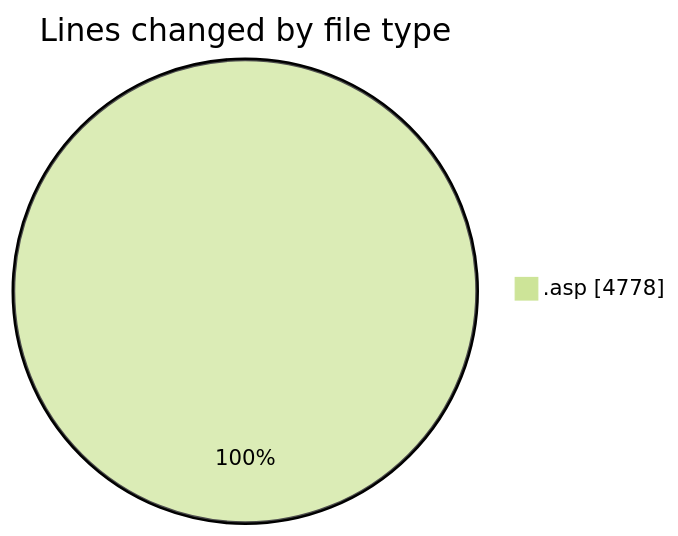
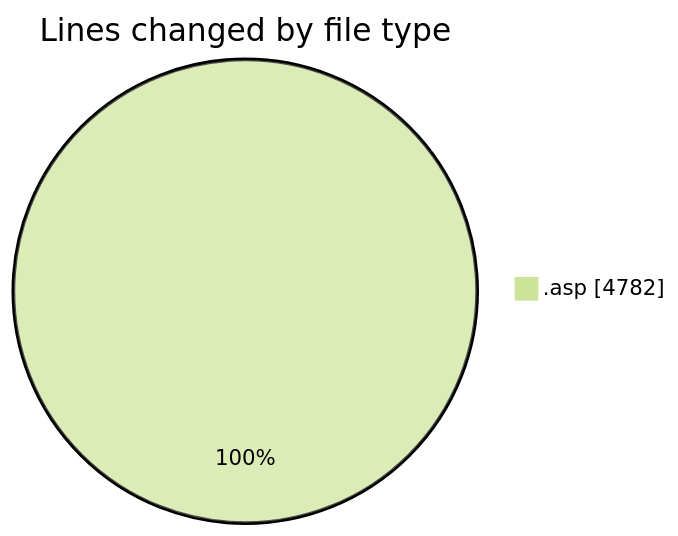
One commit to julien-gomy/code-tracking changed the first of 2 diagrams in 2025-11-10/cdp_aleoudev_fr__workspace_/README.md. Above: the diagram before and after it, drawn with Mermaid (forest theme). The commit also changed other lines of this file and 1 other file, not shown here.

````diff
--- a/2025-11-10/cdp_aleoudev_fr__workspace_/README.md
+++ b/2025-11-10/cdp_aleoudev_fr__workspace_/README.md
@@ -32,5 +32,5 @@
 ```mermaid
 pie showData
 title Lines changed by file type
-".asp" : 4778
+".asp" : 4782
 ```
````
